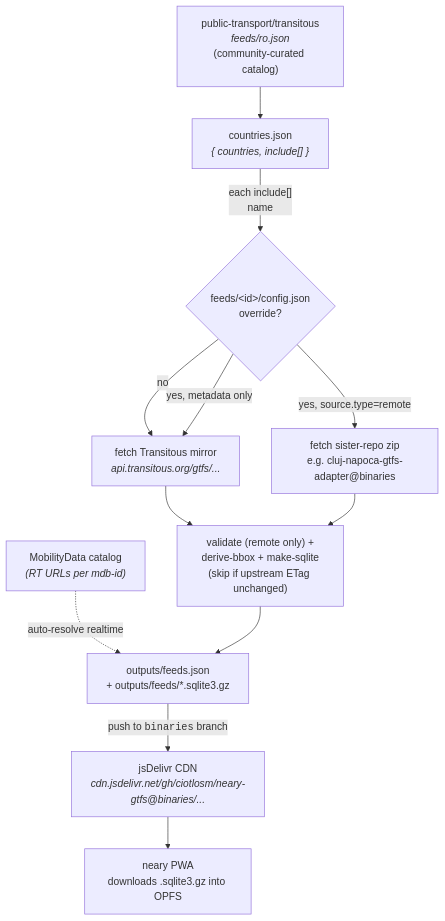
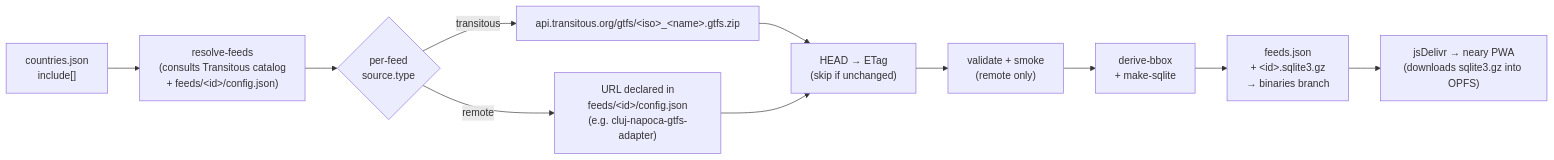
Before and after one commit to n3ary/gtfs-publisher: the diagram in README.md, drawn with Mermaid. The commit also changed other lines of this file and 4 other files, not shown here.

First line of the commit message:
docs: reframe repo as SQLite + registry generator (not GTFS publisher)

````diff
--- a/README.md
+++ b/README.md
@@ -17,22 +40,13 @@
 ```mermaid
-flowchart TD
-    A["public-transport/transitous<br/><i>feeds/ro.json</i><br/>(community-curated catalog)"]
-    B["countries.json<br/><i>{ countries, include[] }</i>"]
-    A --> B
-
-    B -->|"each include[]<br/>name"| C{"feeds/&lt;id&gt;/config.json<br/>override?"}
-
-    C -->|"no"| D["fetch Transitous mirror<br/><i>api.transitous.org/gtfs/...</i>"]
-    C -->|"yes, source.type=remote"| E["fetch sister-repo zip<br/>e.g. cluj-napoca-gtfs-adapter@binaries"]
-    C -->|"yes, metadata only"| D
-
-    D --> G["validate (remote only) +<br/>derive-bbox + make-sqlite<br/>(skip if upstream ETag unchanged)"]
-    E --> G
-
-    H["MobilityData catalog<br/><i>(RT URLs per mdb-id)</i>"] -.->|"auto-resolve realtime"| I
-
-    G --> I["outputs/feeds.json<br/>+ outputs/feeds/*.sqlite3.gz"]
-
-    I -->|"push to <code>binaries</code> branch"| J["jsDelivr CDN<br/><i>cdn.jsdelivr.net/gh/ciotlosm/neary-gtfs@binaries/...</i>"]
-    J --> K["neary PWA<br/>downloads .sqlite3.gz into OPFS"]
+flowchart LR
+    A["countries.json<br/>include[]"] --> B["resolve-feeds<br/>(consults Transitous catalog<br/>+ feeds/&lt;id&gt;/config.json)"]
+    B --> C{"per-feed<br/>source.type"}
+    C -->|transitous| D["api.transitous.org/gtfs/&lt;iso&gt;_&lt;name&gt;.gtfs.zip"]
+    C -->|remote| E["URL declared in<br/>feeds/&lt;id&gt;/config.json<br/>(e.g. cluj-napoca-gtfs-adapter)"]
+    D --> F["HEAD → ETag<br/>(skip if unchanged)"]
+    E --> F
+    F --> G["validate + smoke<br/>(remote only)"]
+    G --> H["derive-bbox<br/>+ make-sqlite"]
+    H --> I["feeds.json<br/>+ &lt;id&gt;.sqlite3.gz<br/>→ binaries branch"]
+    I --> J["jsDelivr → neary PWA<br/>(downloads sqlite3.gz into OPFS)"]
 ```
````
